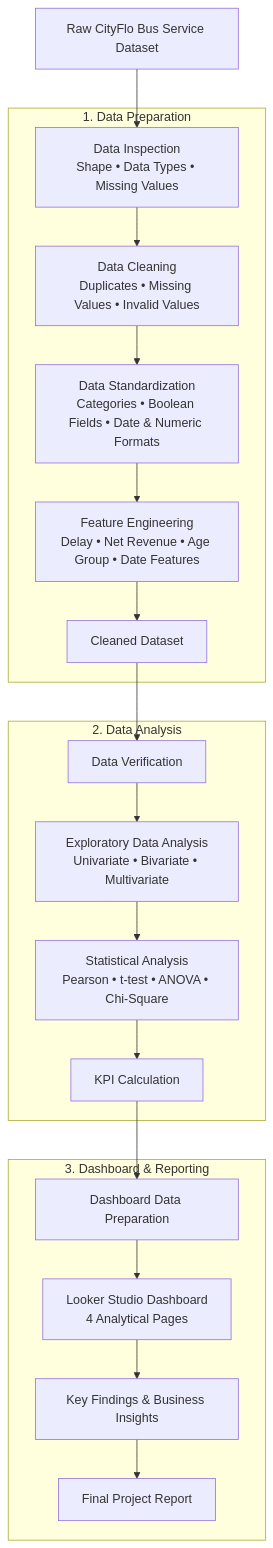
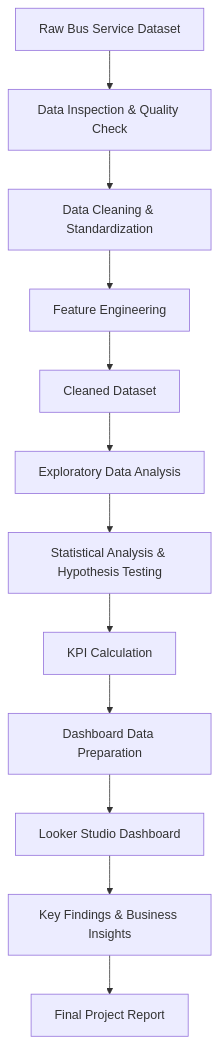
The diagram in README.md (Rosmi2508/CityFlo-Bus-Service-Analytics), drawn with Mermaid before and after one commit. The commit also changed other lines of this file, not shown here.

````diff
--- a/README.md
+++ b/README.md
@@ -74,41 +70,25 @@
 ```mermaid
 flowchart TD
+    A[Raw Bus Service Dataset]
+    --> B[Data Inspection & Quality Check]
 
-    A[Raw CityFlo Bus Service Dataset]
+    B --> C[Data Cleaning & Standardization]
 
-    subgraph P1["1. Data Preparation"]
-        B[Data Inspection<br/>Shape • Data Types • Missing Values]
-        C[Data Cleaning<br/>Duplicates • Missing Values • Invalid Values]
-        D[Data Standardization<br/>Categories • Boolean Fields • Date & Numeric Formats]
-        E[Feature Engineering<br/>Delay • Net Revenue • Age Group • Date Features]
-        F[Cleaned Dataset]
-    end
+    C --> D[Feature Engineering]
 
-    subgraph P2["2. Data Analysis"]
-        G[Data Verification]
-        H[Exploratory Data Analysis<br/>Univariate • Bivariate • Multivariate]
-        I[Statistical Analysis<br/>Pearson • t-test • ANOVA • Chi-Square]
-        J[KPI Calculation]
-    end
+    D --> E[Cleaned Dataset]
 
-    subgraph P3["3. Dashboard & Reporting"]
-        K[Dashboard Data Preparation]
-        L[Looker Studio Dashboard<br/>4 Analytical Pages]
-        M[Key Findings & Business Insights]
-        N[Final Project Report]
-    end
+    E --> F[Exploratory Data Analysis]
 
-    A --> B
-    B --> C
-    C --> D
-    D --> E
-    E --> F
-    F --> G
-    G --> H
-    H --> I
-    I --> J
-    J --> K
-    K --> L
-    L --> M
-    M --> N
+    F --> G[Statistical Analysis & Hypothesis Testing]
+
+    G --> H[KPI Calculation]
+
+    H --> I[Dashboard Data Preparation]
+
+    I --> J[Looker Studio Dashboard]
+
+    J --> K[Key Findings & Business Insights]
+
+    K --> L[Final Project Report]
 ```
````
